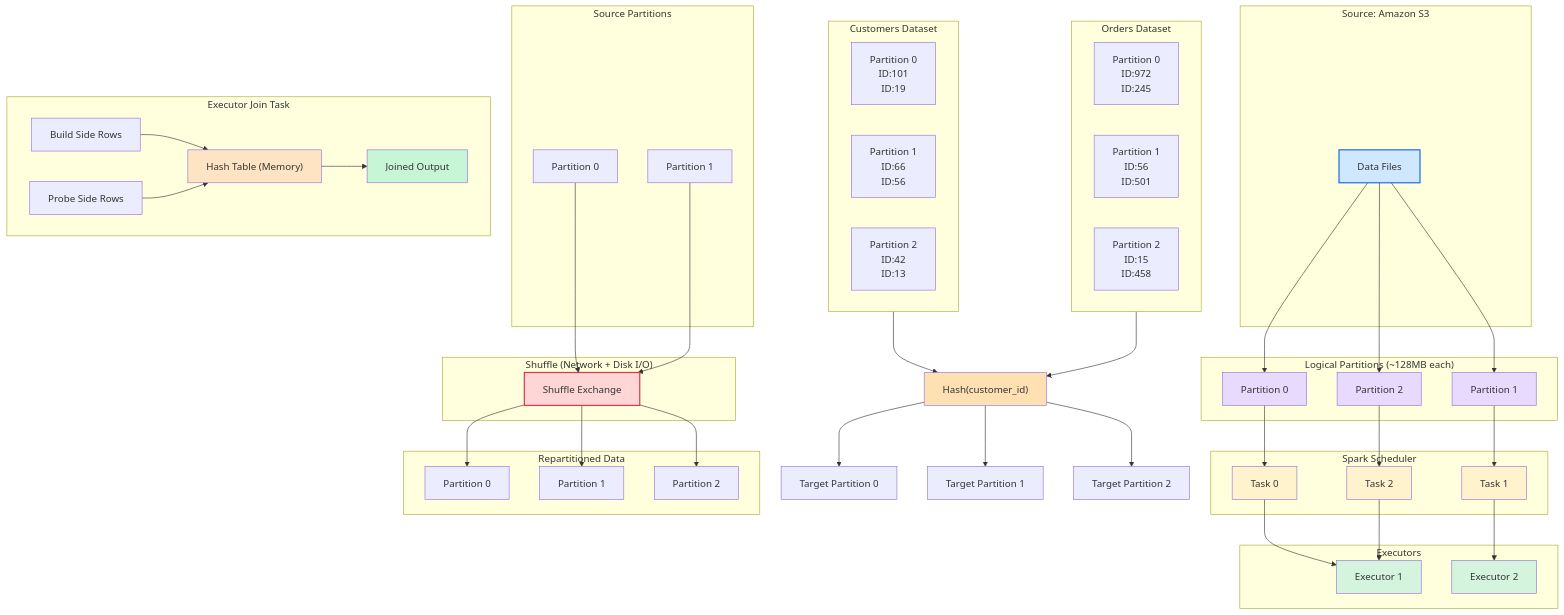
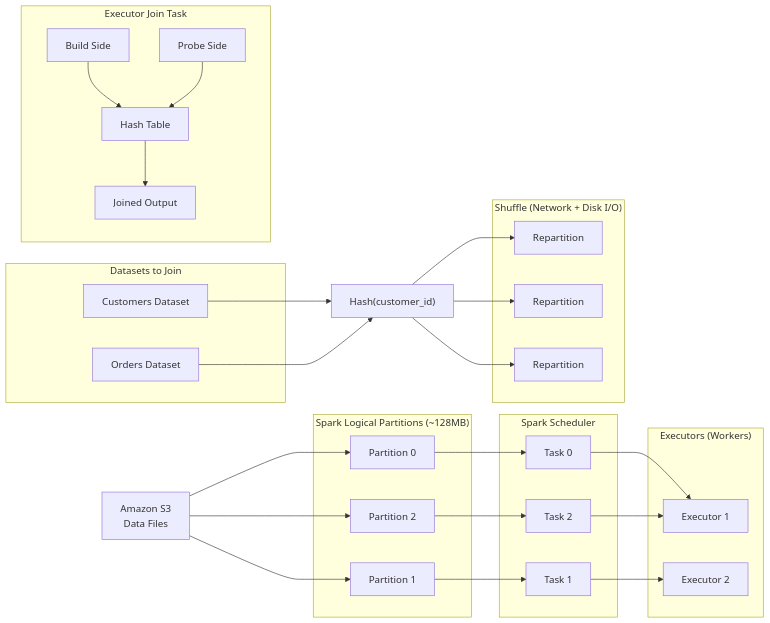
Before and after one commit to amareswar-n/DataEngineering: the diagram in 03_Processing_Pipelines/Spark/SparkDataRead.md, drawn with Mermaid. The commit also changed other lines of this file, not shown here.

````diff
--- a/03_Processing_Pipelines/Spark/SparkDataRead.md
+++ b/03_Processing_Pipelines/Spark/SparkDataRead.md
@@ -4,13 +3,11 @@
 ```mermaid
-flowchart TB
+flowchart LR
 
 %% DATA SOURCE
-subgraph S3["Source: Amazon S3"]
-A["Data Files"]
-end
+A["Amazon S3<br>Data Files"]
 
 %% PARTITIONS
-subgraph Partitions["Logical Partitions (~128MB each)"]
+subgraph Partitioning["Spark Logical Partitions (~128MB)"]
 P1["Partition 0"]
 P2["Partition 1"]
 P3["Partition 2"]
@@ -20,7 +17,7 @@
 A --> P2
 A --> P3
 
-%% SCHEDULER
+%% TASK SCHEDULING
 subgraph Scheduler["Spark Scheduler"]
 T1["Task 0"]
 T2["Task 1"]
@@ -32,7 +29,7 @@
 P3 --> T3
 
 %% EXECUTORS
-subgraph Executors["Executors"]
+subgraph Executors["Executors (Workers)"]
 E1["Executor 1"]
 E2["Executor 2"]
 end
@@ -41,83 +38,38 @@
 T2 --> E2
 T3 --> E1
 
-%% JOIN PREPARATION
-
-subgraph Customers["Customers Dataset"]
-C1["Partition 0<br>ID:101<br>ID:19"]
-C2["Partition 1<br>ID:66<br>ID:56"]
-C3["Partition 2<br>ID:42<br>ID:13"]
+%% DATASETS
+subgraph Datasets["Datasets to Join"]
+C["Customers Dataset"]
+O["Orders Dataset"]
 end
 
-subgraph Orders["Orders Dataset"]
-O1["Partition 0<br>ID:972<br>ID:245"]
-O2["Partition 1<br>ID:56<br>ID:501"]
-O3["Partition 2<br>ID:15<br>ID:458"]
+%% HASH PARTITION
+H["Hash(customer_id)"]
+
+C --> H
+O --> H
+
+%% SHUFFLE
+subgraph Shuffle["Shuffle (Network + Disk I/O)"]
+S1["Repartition"]
+S2["Repartition"]
+S3["Repartition"]
 end
 
-Customers --> H["Hash(customer_id)"]
-Orders --> H
+H --> S1
+H --> S2
+H --> S3
 
-H --> JP1["Target Partition 0"]
-H --> JP2["Target Partition 1"]
-H --> JP3["Target Partition 2"]
-
-%% SHUFFLE
-
-subgraph ShuffleSource["Source Partitions"]
-S1["Partition 0"]
-S2["Partition 1"]
-end
-
-subgraph Shuffle["Shuffle (Network + Disk I/O)"]
-X["Shuffle Exchange"]
-end
-
-subgraph ShuffleTarget["Repartitioned Data"]
-R1["Partition 0"]
-R2["Partition 1"]
-R3["Partition 2"]
-end
-
-S1 --> X
-S2 --> X
-X --> R1
-X --> R2
-X --> R3
-
-%% EXECUTOR JOIN
-
-subgraph ExecutorTask["Executor Join Task"]
-B["Build Side Rows"]
-HT["Hash Table (Memory)"]
-P["Probe Side Rows"]
+%% JOIN EXECUTION
+subgraph Join["Executor Join Task"]
+B["Build Side"]
+HT["Hash Table"]
+P["Probe Side"]
 J["Joined Output"]
 end
 
 B --> HT
 P --> HT
 HT --> J
-
-
-%% STYLING
-
-style A fill:#cfe8ff,stroke:#1f6feb,stroke-width:2px
-
-style P1 fill:#e8d9ff
-style P2 fill:#e8d9ff
-style P3 fill:#e8d9ff
-
-style T1 fill:#fff3cd
-style T2 fill:#fff3cd
-style T3 fill:#fff3cd
-
-style E1 fill:#d4f4dd
-style E2 fill:#d4f4dd
-
-style H fill:#ffe0b2
-
-style X fill:#ffd6d6,stroke:#d73a49,stroke-width:2px
-
-style HT fill:#ffe4c4
-style J fill:#c6f6d5
 ```
````
